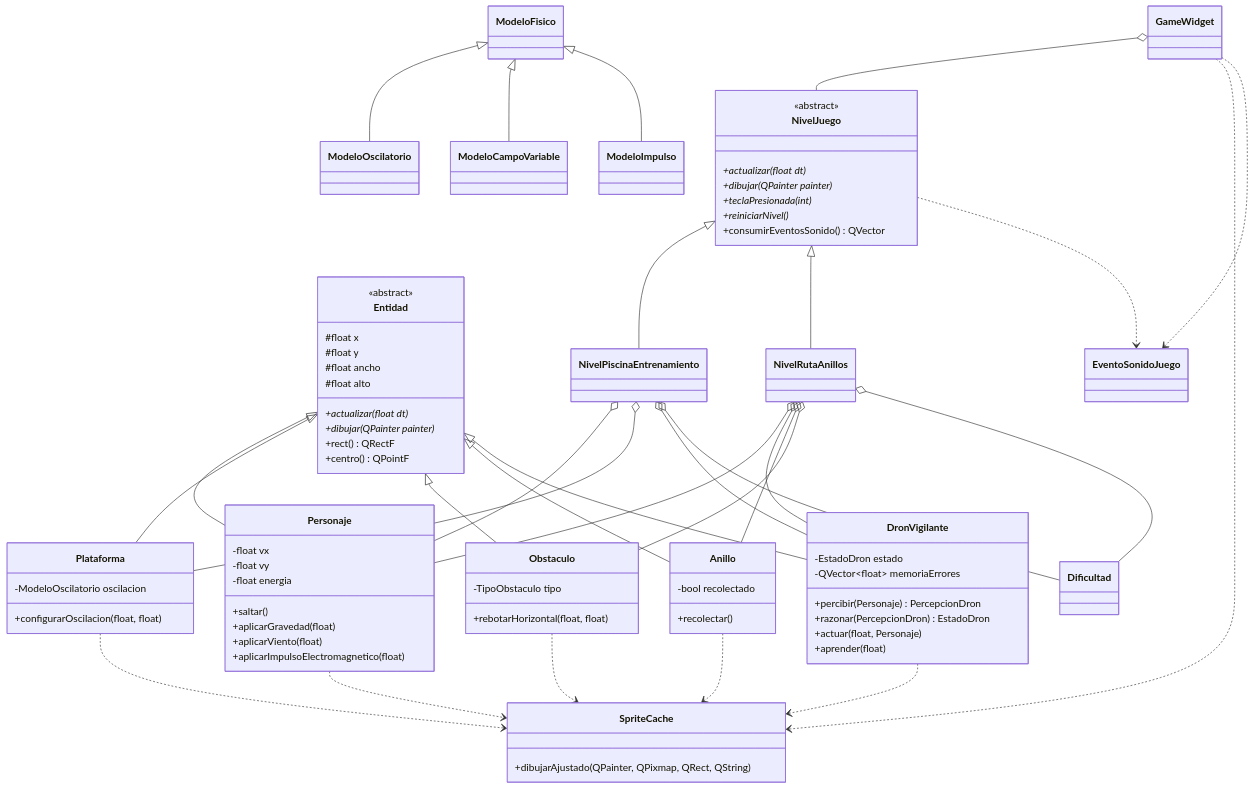
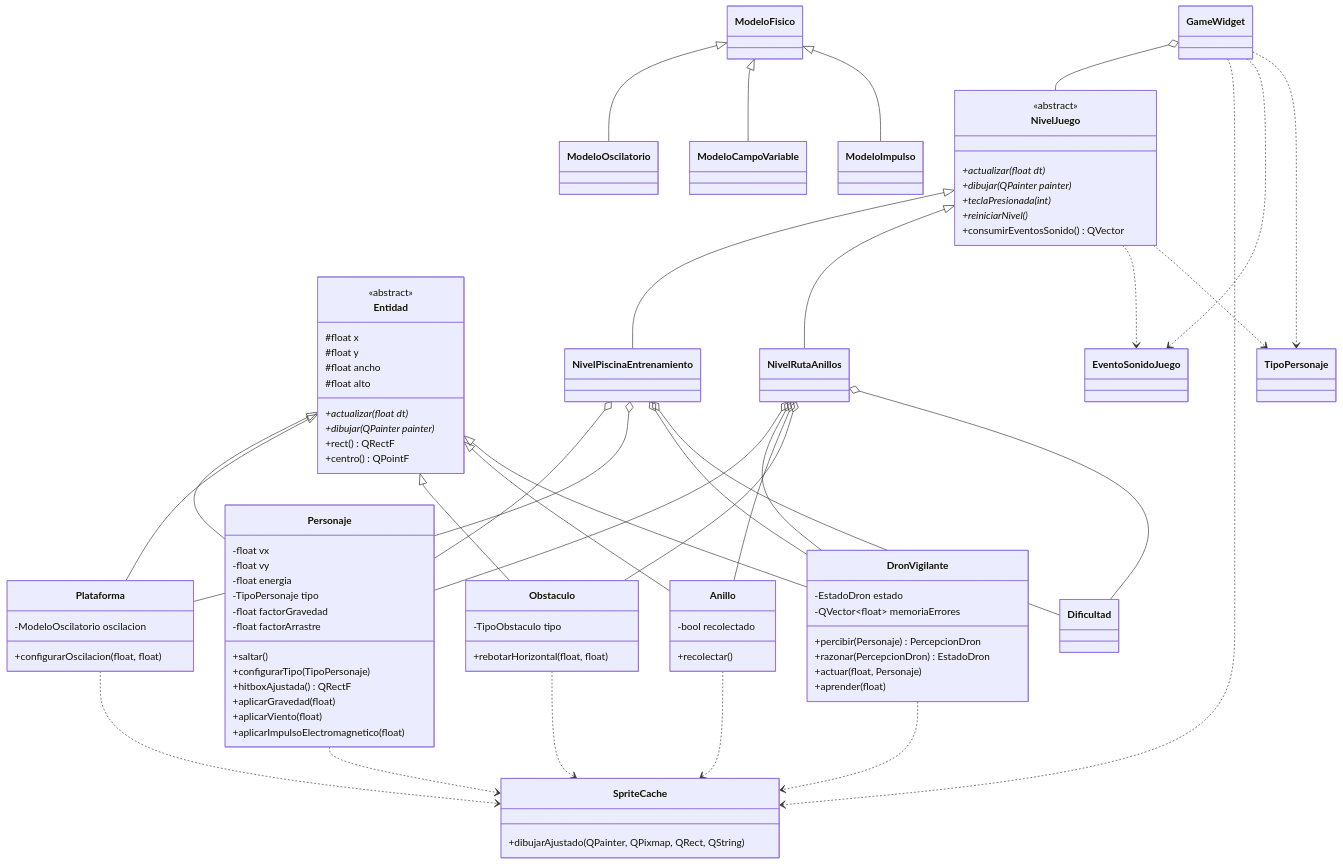
One commit to josemanuelposada-collab/Clavados-en-Ciudad-academia changed the diagram in archivos/DIAGRAMA_CLASES_RESUMEN.md. Above: the diagram before and after it, drawn with Mermaid. The commit also changed other lines of this file and 186 other files, not shown here.

```diff
--- a/archivos/DIAGRAMA_CLASES_RESUMEN.md
+++ b/archivos/DIAGRAMA_CLASES_RESUMEN.md
@@ -18,7 +18,12 @@
         -float vx
         -float vy
         -float energia
+        -TipoPersonaje tipo
+        -float factorGravedad
+        -float factorArrastre
         +saltar()
+        +configurarTipo(TipoPersonaje)
+        +hitboxAjustada() QRectF
         +aplicarGravedad(float)
         +aplicarViento(float)
         +aplicarImpulsoElectromagnetico(float)
@@ -64,6 +69,7 @@
         +dibujarAjustado(QPainter, QPixmap, QRect, QString)
     }
     class EventoSonidoJuego
+    class TipoPersonaje
     class Dificultad
     class ModeloFisico
     class ModeloOscilatorio
@@ -84,7 +90,9 @@
     GameWidget o-- NivelJuego
     GameWidget ..> SpriteCache
     GameWidget ..> EventoSonidoJuego
+    GameWidget ..> TipoPersonaje
     NivelJuego ..> EventoSonidoJuego
+    NivelJuego ..> TipoPersonaje
     NivelPiscinaEntrenamiento o-- Personaje
     NivelPiscinaEntrenamiento o-- Plataforma
     NivelPiscinaEntrenamiento o-- DronVigilante
```
